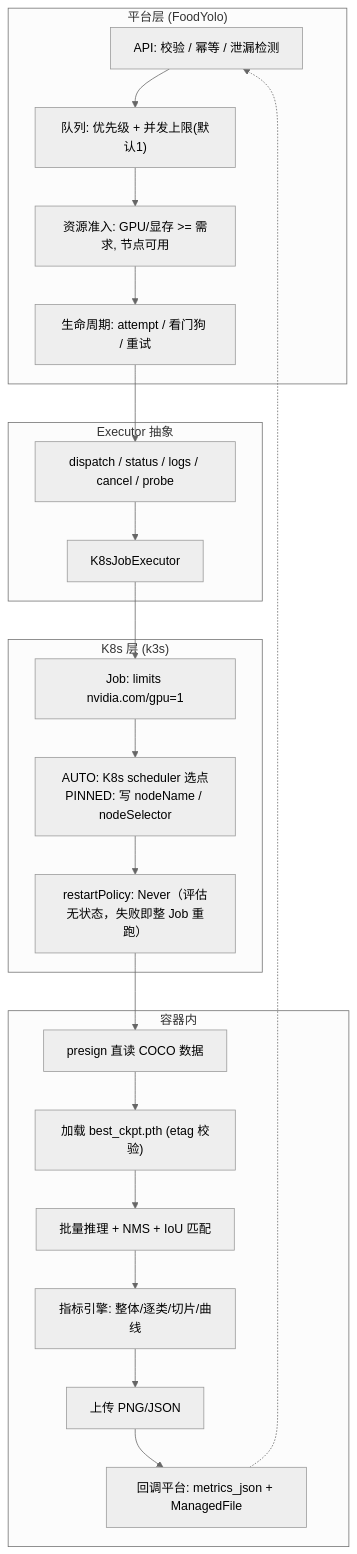
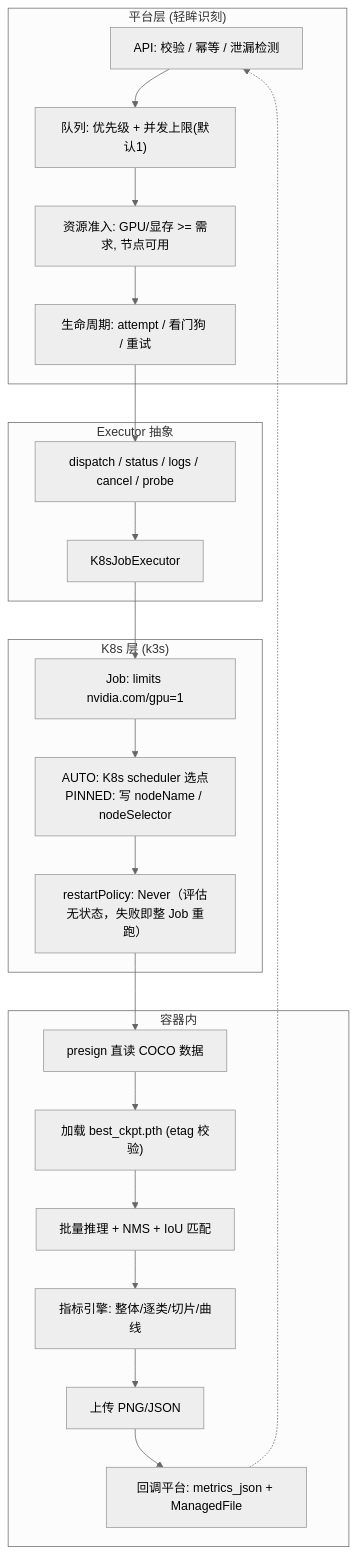
Before and after one commit to QingMouFoodDate/ProjectPRD: the sixth of 6 diagrams in PRD/05_训练平台/P0086_模型评估.md, drawn with Mermaid (neutral theme). The commit also changed other lines of this file and 45 other files, not shown here.

First line of the commit message:
docs: 产品名统一为轻眸识刻 + 新增仓库地图

````diff
--- a/PRD/05_训练平台/P0086_模型评估.md
+++ b/PRD/05_训练平台/P0086_模型评估.md
@@ -465,23 +465,23 @@
 ```mermaid
 flowchart TD
-    subgraph P["平台层 (FoodYolo)"]
+    subgraph P["平台层 (轻眸识刻)"]
         A["API: 校验 / 幂等 / 泄漏检测"] --> B["队列: 优先级 + 并发上限(默认1)"]
         B --> C["资源准入: GPU/显存 >= 需求, 节点可用"] --> D["生命周期: attempt / 看门狗 / 重试"]
     end
     subgraph E["Executor 抽象"]
         E1["dispatch / status / logs / cancel / probe"] --> E2["K8sJobExecutor"]
     end
     subgraph K["K8s 层 (k3s)"]
         G["Job: limits nvidia.com/gpu=1"] --> H["AUTO: K8s scheduler 选点<br/>PINNED: 写 nodeName / nodeSelector"]
         H --> I["restartPolicy: Never（评估无状态，失败即整 Job 重跑）"]
     end
     subgraph C2["容器内"]
         J["presign 直读 COCO 数据"] --> K2["加载 best_ckpt.pth (etag 校验)"]
         K2 --> L["批量推理 + NMS + IoU 匹配"] --> M["指标引擎: 整体/逐类/切片/曲线"]
         M --> N["上传 PNG/JSON"] --> O["回调平台: metrics_json + ManagedFile"]
     end
     D --> E1
     E2 --> G
     I --> J
     O -.-> A
 ```
````
